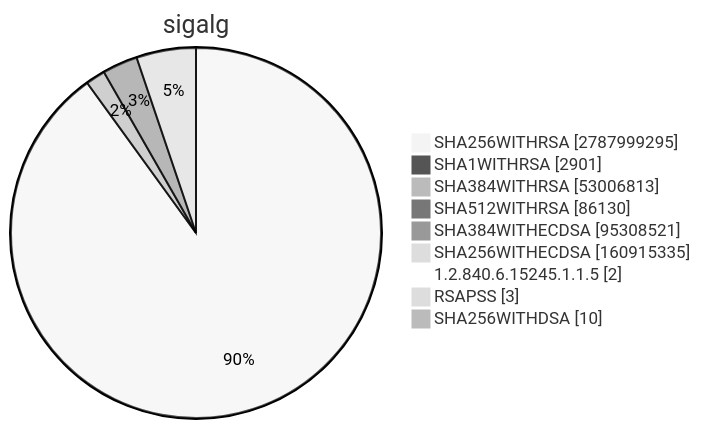
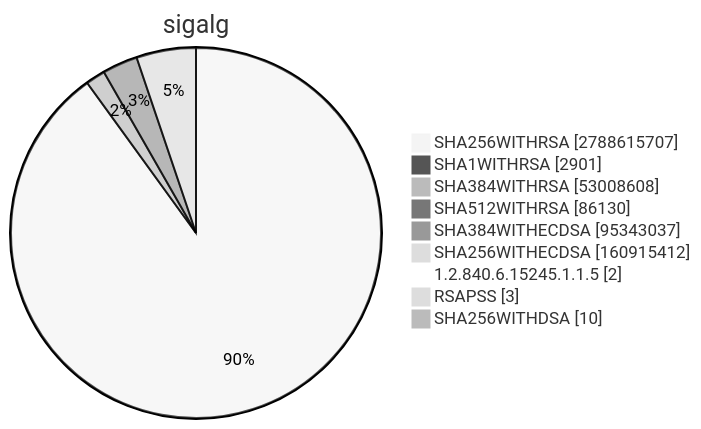
Before and after one commit to christiankrug/ctmonitor_visualization: diagram 15 of 15 in TOTAL/README.md, drawn with Mermaid (neutral theme). The commit also changed other lines of this file, not shown here.

````diff
--- a/TOTAL/README.md
+++ b/TOTAL/README.md
@@ -6207,13 +6207,13 @@
 ```mermaid
 pie showData
 title sigalg
-"SHA256WITHRSA" :2787999295
+"SHA256WITHRSA" :2788615707
 "SHA1WITHRSA" :2901
-"SHA384WITHRSA" :53006813
+"SHA384WITHRSA" :53008608
 "SHA512WITHRSA" :86130
-"SHA384WITHECDSA" :95308521
-"SHA256WITHECDSA" :160915335
+"SHA384WITHECDSA" :95343037
+"SHA256WITHECDSA" :160915412
 "1.2.840.6.15245.1.1.5" :2
 "RSAPSS" :3
 "SHA256WITHDSA" :10
 ```
````
